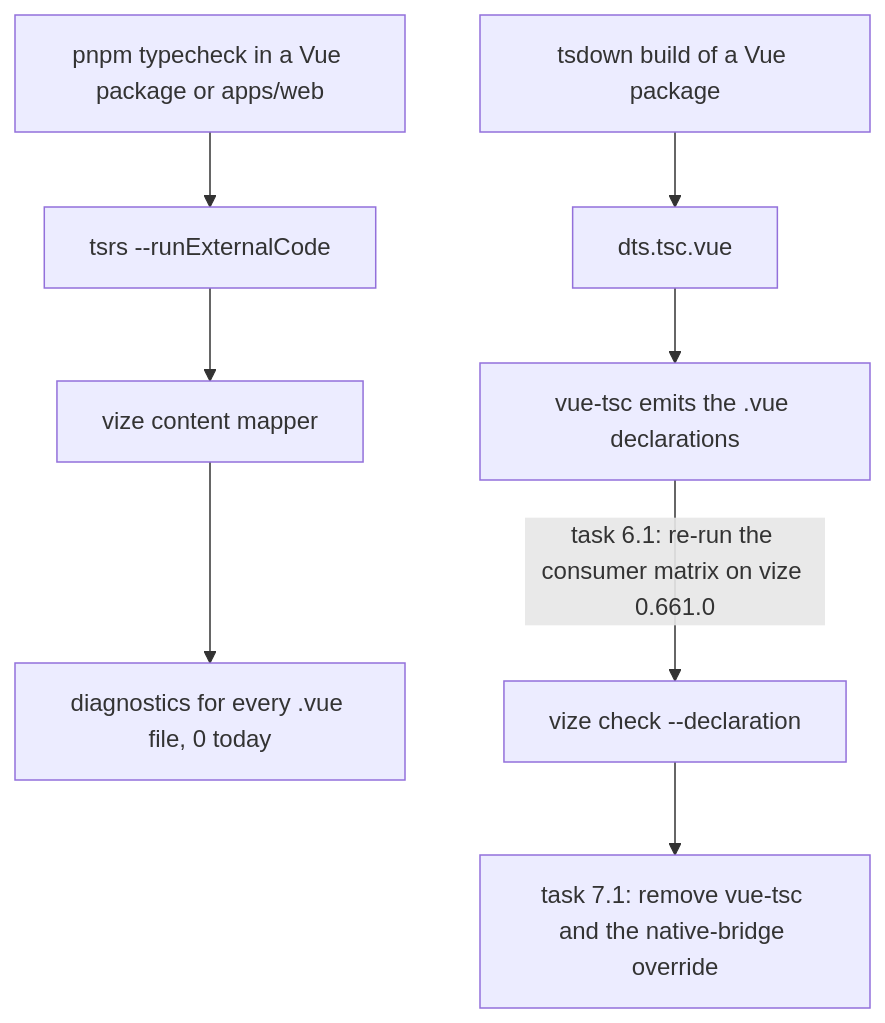
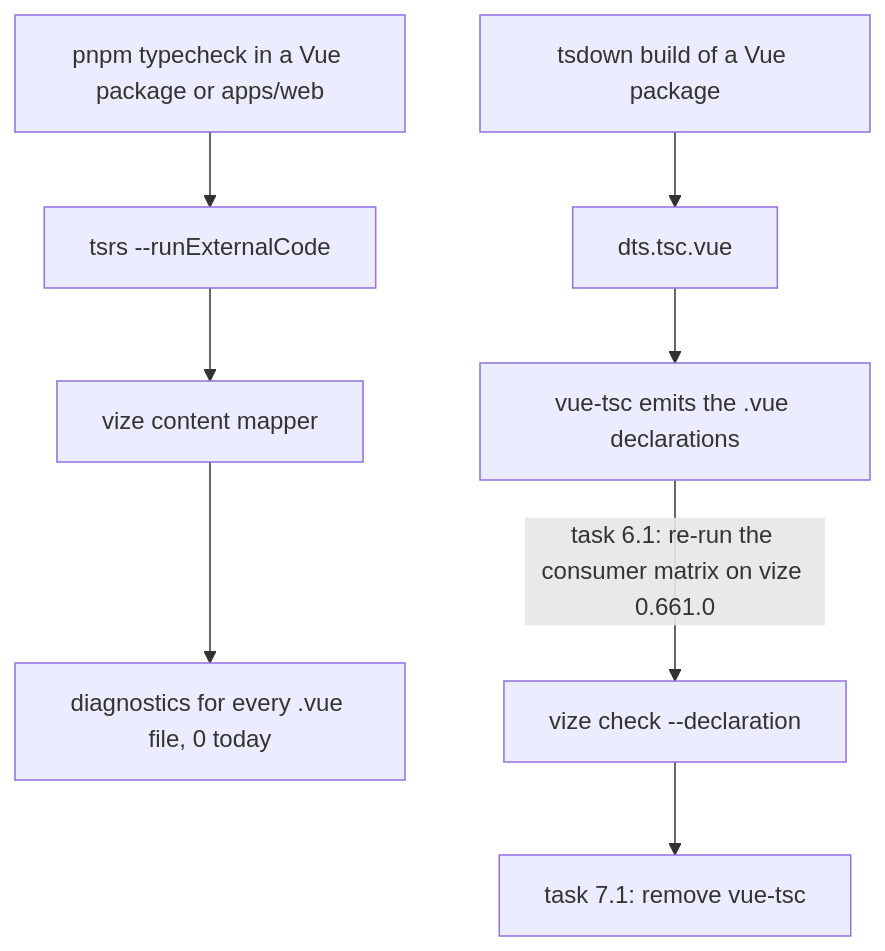
The diagram in openspec/changes/architecture-vize-vue-typecheck/design.md (Esposter/Esposter), drawn with Mermaid before and after one commit. The commit also changed other lines of this file and 2 other files, not shown here.

First line of the commit message:
docs(openspec): the native-bridge override stays after vue-tsc goes, and the id and role refusal is narrowed to the mapper path of a component with an emit

````diff
--- a/openspec/changes/architecture-vize-vue-typecheck/design.md
+++ b/openspec/changes/architecture-vize-vue-typecheck/design.md
@@ -159,10 +169,10 @@
 ```mermaid
 flowchart TD
   CHECK["pnpm typecheck in a Vue package or apps/web"] --> TSRS["tsrs --runExternalCode"]
   TSRS --> MAP["vize content mapper"]
   MAP --> OK["diagnostics for every .vue file, 0 today"]
   BUILD["tsdown build of a Vue package"] --> DTS["dts.tsc.vue"]
   DTS --> VUETSC["vue-tsc emits the .vue declarations"]
   VUETSC -->|"task 6.1: re-run the consumer matrix on vize 0.661.0"| VIZE["vize check --declaration"]
-  VIZE --> RETIRE["task 7.1: remove vue-tsc and the native-bridge override"]
+  VIZE --> RETIRE["task 7.1: remove vue-tsc"]
 ```
````
